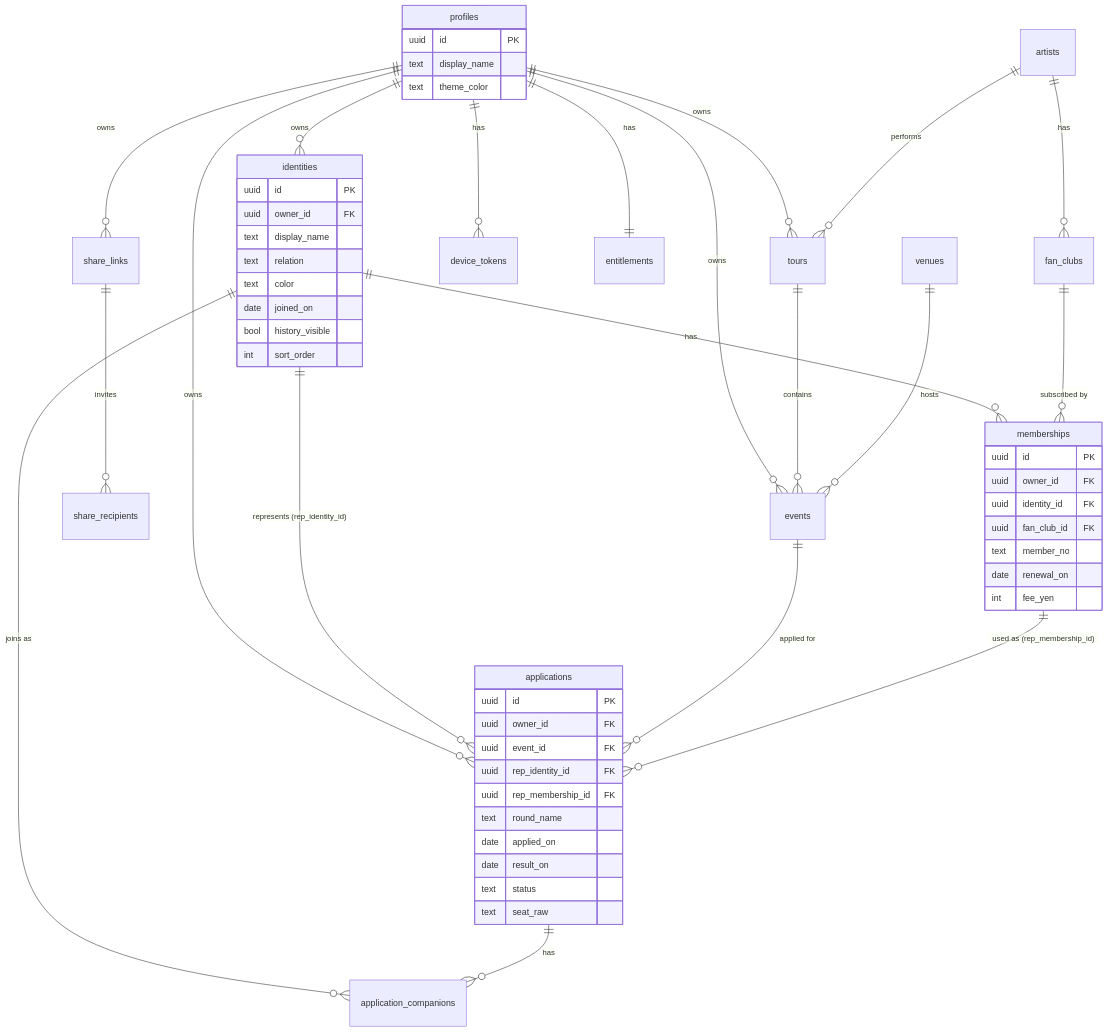
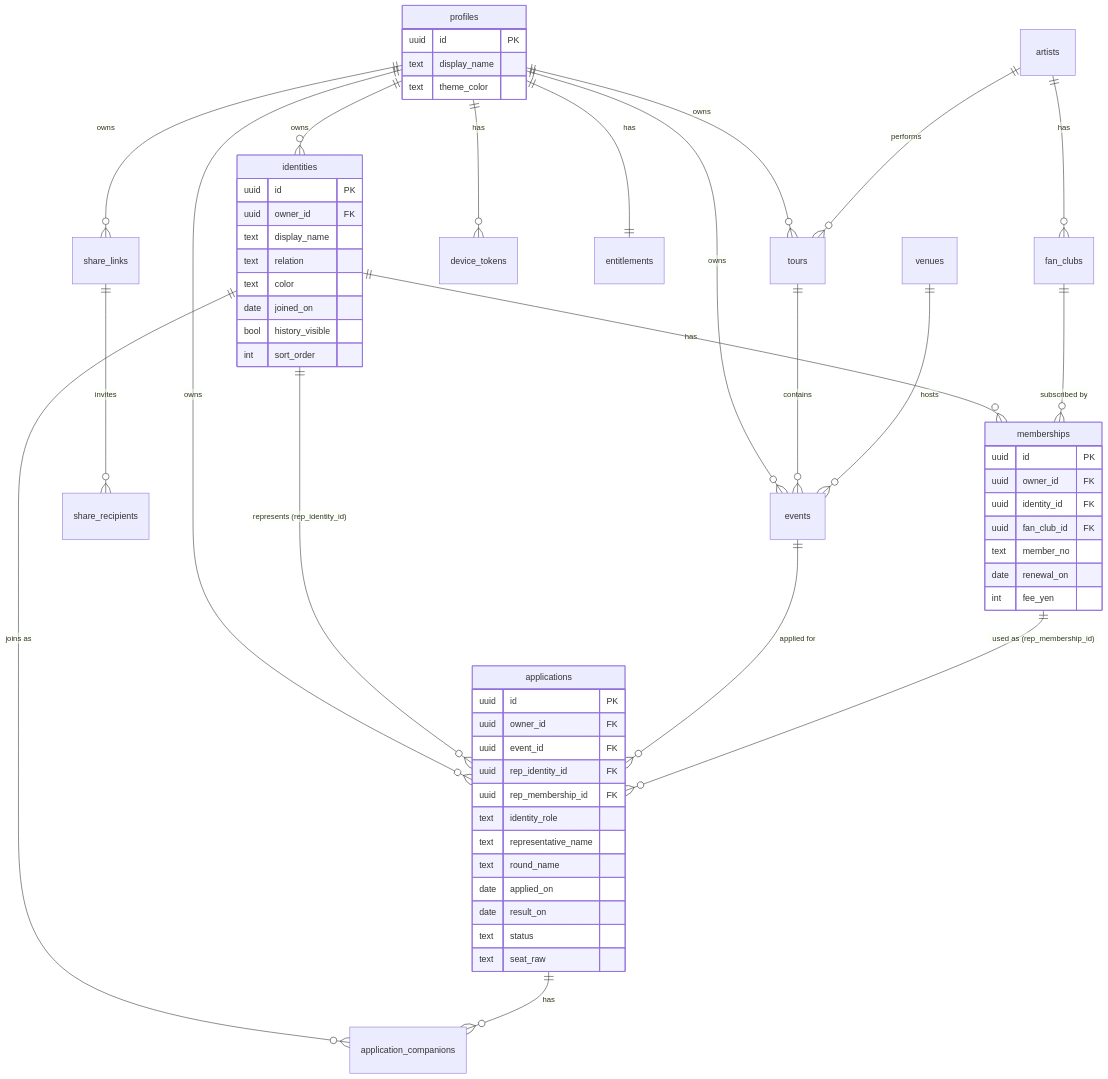
The diagram in docs/03-database.md (yumori59/otakuApp), drawn with Mermaid before and after one commit. The commit also changed other lines of this file and 48 other files, not shown here.

````diff
--- a/docs/03-database.md
+++ b/docs/03-database.md
@@ -88,62 +88,64 @@
 ```mermaid
 erDiagram
     profiles ||--o{ identities : owns
     profiles ||--o{ tours : owns
     profiles ||--o{ events : owns
     profiles ||--o{ applications : owns
     profiles ||--o{ share_links : owns
     share_links ||--o{ share_recipients : invites
     profiles ||--o{ device_tokens : has
     profiles ||--|| entitlements : has
 
     identities ||--o{ memberships : has
     identities ||--o{ applications : "represents (rep_identity_id)"
     identities ||--o{ application_companions : "joins as"
 
     artists ||--o{ fan_clubs : has
     artists ||--o{ tours : "performs"
     fan_clubs ||--o{ memberships : "subscribed by"
 
     tours ||--o{ events : contains
     venues ||--o{ events : "hosts"
     events ||--o{ applications : "applied for"
     applications ||--o{ application_companions : has
     memberships ||--o{ applications : "used as (rep_membership_id)"
 
     profiles {
         uuid id PK
         text display_name
         text theme_color
     }
     identities {
         uuid id PK
         uuid owner_id FK
         text display_name
         text relation
         text color
         date joined_on
         bool history_visible
         int sort_order
     }
     memberships {
         uuid id PK
         uuid owner_id FK
         uuid identity_id FK
         uuid fan_club_id FK
         text member_no
         date renewal_on
         int fee_yen
     }
     applications {
         uuid id PK
         uuid owner_id FK
         uuid event_id FK
         uuid rep_identity_id FK
         uuid rep_membership_id FK
+        text identity_role
+        text representative_name
         text round_name
         date applied_on
         date result_on
         text status
         text seat_raw
     }
 ```
````
